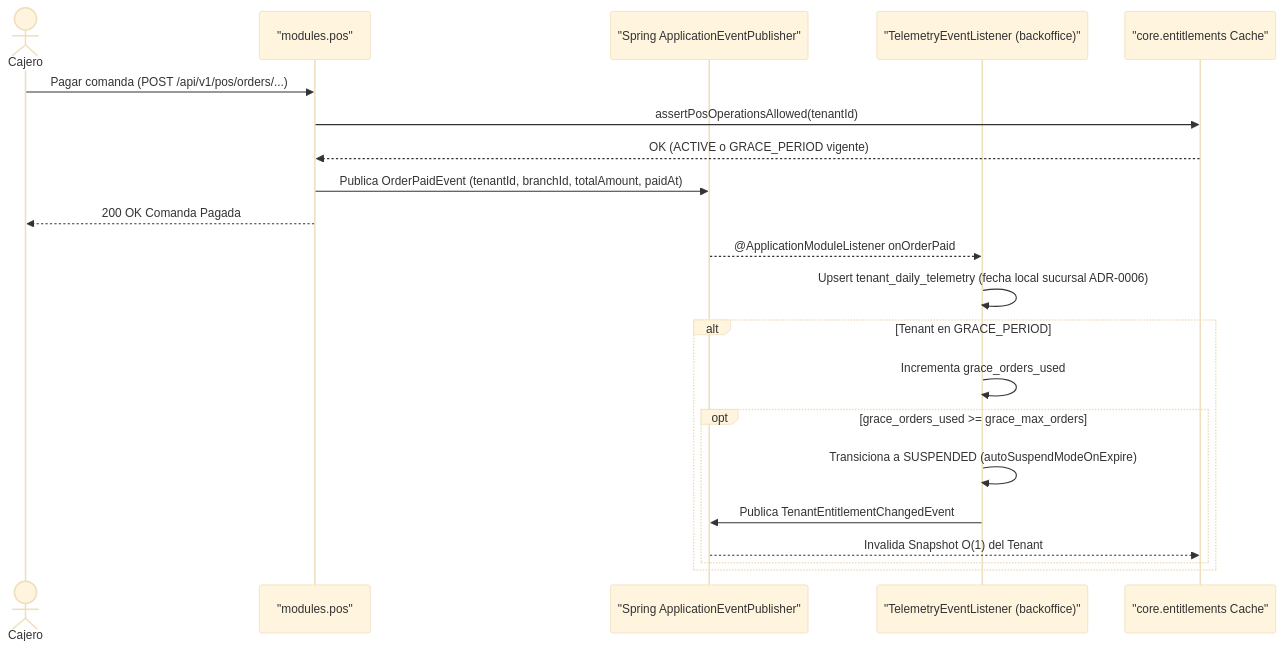
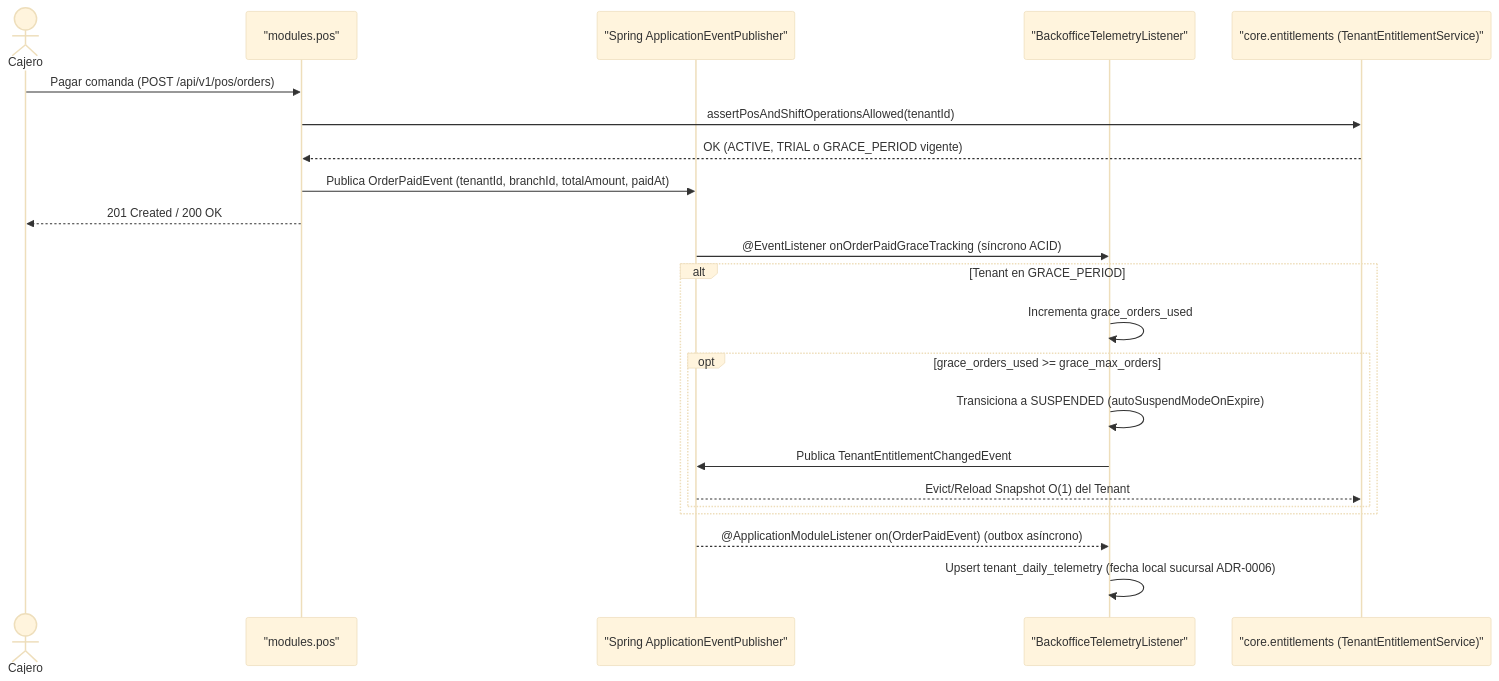
The second of 3 diagrams in docs/backoffice/architecture/sequence_and_state_subscriptions.md (vakajose/gestion-restaurante), drawn with Mermaid (base theme) before and after one commit. The commit also changed other lines of this file and 156 other files, not shown here.

````diff
--- a/docs/backoffice/architecture/sequence_and_state_subscriptions.md
+++ b/docs/backoffice/architecture/sequence_and_state_subscriptions.md
@@ -46,25 +46,27 @@
 ```mermaid
 sequenceDiagram
     actor Cajero
     participant POS as "modules.pos"
     participant Bus as "Spring ApplicationEventPublisher"
-    participant Tel as "TelemetryEventListener (backoffice)"
-    participant Cache as "core.entitlements Cache"
+    participant Tel as "BackofficeTelemetryListener"
+    participant Cache as "core.entitlements (TenantEntitlementService)"
 
-    Cajero->>POS: Pagar comanda (POST /api/v1/pos/orders/...)
-    POS->>Cache: assertPosOperationsAllowed(tenantId)
-    Cache-->>POS: OK (ACTIVE o GRACE_PERIOD vigente)
+    Cajero->>POS: Pagar comanda (POST /api/v1/pos/orders)
+    POS->>Cache: assertPosAndShiftOperationsAllowed(tenantId)
+    Cache-->>POS: OK (ACTIVE, TRIAL o GRACE_PERIOD vigente)
     POS->>Bus: Publica OrderPaidEvent (tenantId, branchId, totalAmount, paidAt)
-    POS-->>Cajero: 200 OK Comanda Pagada
+    POS-->>Cajero: 201 Created / 200 OK
 
-    Bus-->>Tel: @ApplicationModuleListener onOrderPaid
-    Tel->>Tel: Upsert tenant_daily_telemetry (fecha local sucursal ADR-0006)
+    Bus->>Tel: @EventListener onOrderPaidGraceTracking (síncrono ACID)
     alt Tenant en GRACE_PERIOD
         Tel->>Tel: Incrementa grace_orders_used
         opt grace_orders_used >= grace_max_orders
             Tel->>Tel: Transiciona a SUSPENDED (autoSuspendModeOnExpire)
             Tel->>Bus: Publica TenantEntitlementChangedEvent
-            Bus-->>Cache: Invalida Snapshot O(1) del Tenant
+            Bus-->>Cache: Evict/Reload Snapshot O(1) del Tenant
         end
     end
+
+    Bus-->>Tel: @ApplicationModuleListener on(OrderPaidEvent) (outbox asíncrono)
+    Tel->>Tel: Upsert tenant_daily_telemetry (fecha local sucursal ADR-0006)
 ```
````
